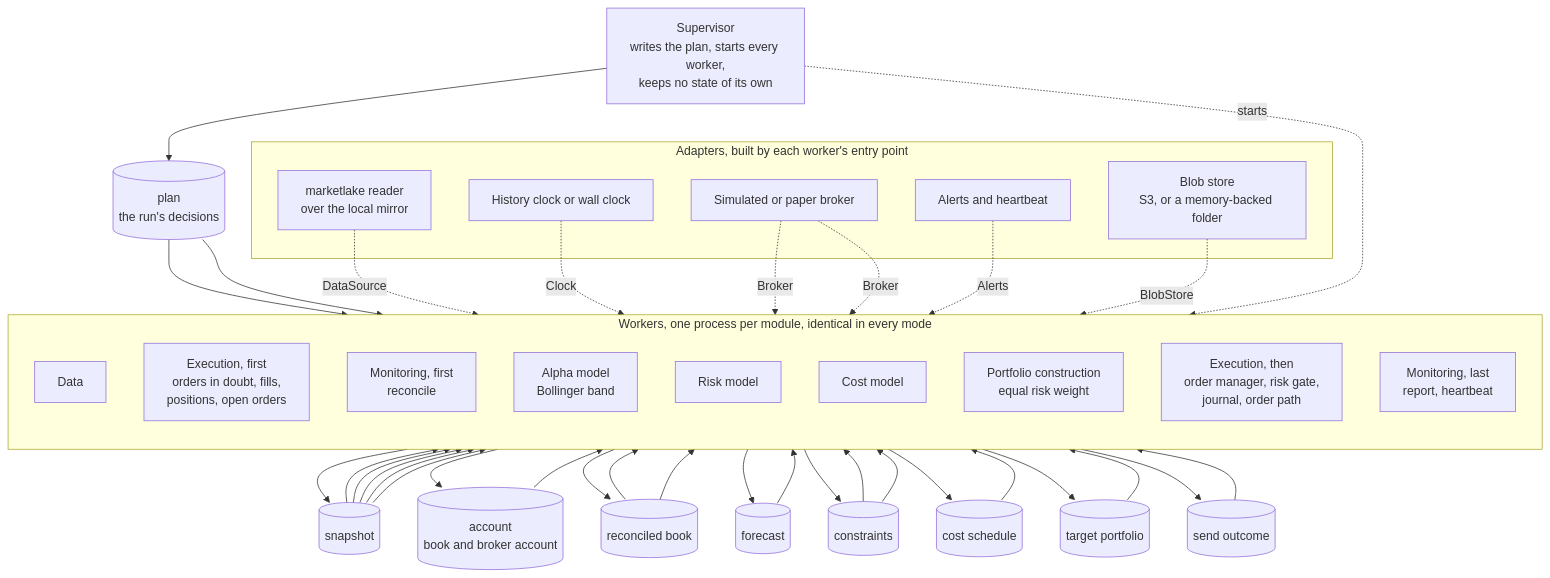
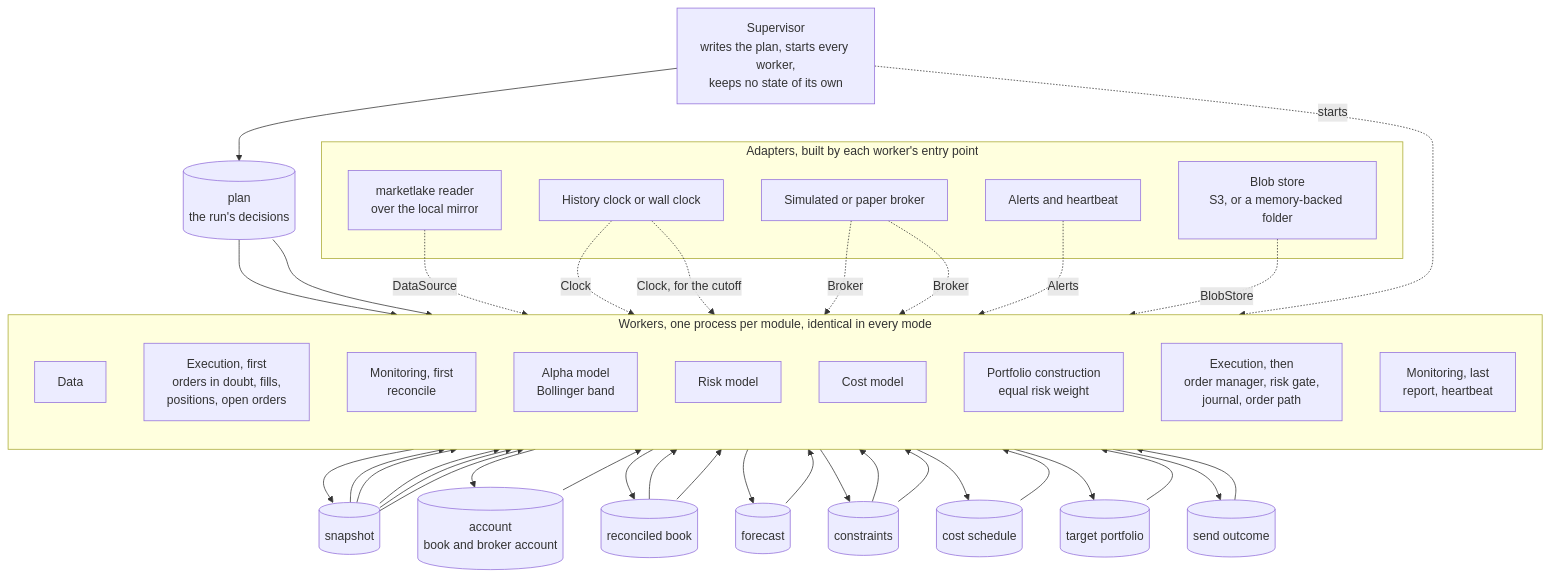
One commit to l3a0/ithildin-runtime changed the second of 16 diagrams in docs/architecture.md. Above: the diagram before and after it, drawn with Mermaid. The commit also changed other lines of this file and 1 other file, not shown here.

First line of the commit message:
docs(architecture): trade the close: decide at 15:40, send market-on-close by 15:48

````diff
--- a/docs/architecture.md
+++ b/docs/architecture.md
@@ -273,62 +274,63 @@
 ```mermaid
 flowchart TB
     sup["Supervisor<br/>writes the plan, starts every worker,<br/>keeps no state of its own"]
     plan[("plan<br/>the run's decisions")]
     sup --> plan
 
     subgraph workers["Workers, one process per module, identical in every mode"]
         direction TB
         data["Data"]
         exec_recover["Execution, first<br/>orders in doubt, fills,<br/>positions, open orders"]
         mon_recon["Monitoring, first<br/>reconcile"]
         alpha["Alpha model<br/>Bollinger band"]
         risk["Risk model"]
         cost["Cost model"]
         pc["Portfolio construction<br/>equal risk weight"]
         exec_send["Execution, then<br/>order manager, risk gate,<br/>journal, order path"]
         mon_report["Monitoring, last<br/>report, heartbeat"]
     end
 
     snap[("snapshot")]
     acct[("account<br/>book and broker account")]
     book[("reconciled book")]
     fc[("forecast")]
     cons[("constraints")]
     sched[("cost schedule")]
     target[("target portfolio")]
     outcome[("send outcome")]
 
     plan --> data
     plan --> exec_recover
     snap --> exec_recover
     data --> snap
     exec_recover --> acct --> mon_recon --> book
     snap --> alpha --> fc
     snap --> risk
     book --> risk --> cons
     snap --> cost --> sched
     fc --> pc
     cons --> pc
     sched --> pc
     book --> pc --> target
     target --> exec_send
     cons --> exec_send
     snap --> exec_send
     exec_send --> outcome --> mon_report
 
     subgraph adapters["Adapters, built by each worker's entry point"]
         lakesrc["marketlake reader<br/>over the local mirror"]
         clock["History clock or wall clock"]
         broker["Simulated or paper broker"]
         store["Blob store<br/>S3, or a memory-backed folder"]
         alertsink["Alerts and heartbeat"]
     end
 
     lakesrc -. "DataSource" .-> data
     clock -. "Clock" .-> data
+    clock -. "Clock, for the cutoff" .-> exec_send
     broker -. "Broker" .-> exec_recover
     broker -. "Broker" .-> exec_send
     store -. "BlobStore" .-> workers
     alertsink -. "Alerts" .-> mon_report
     sup -. "starts" .-> workers
 ```
````
